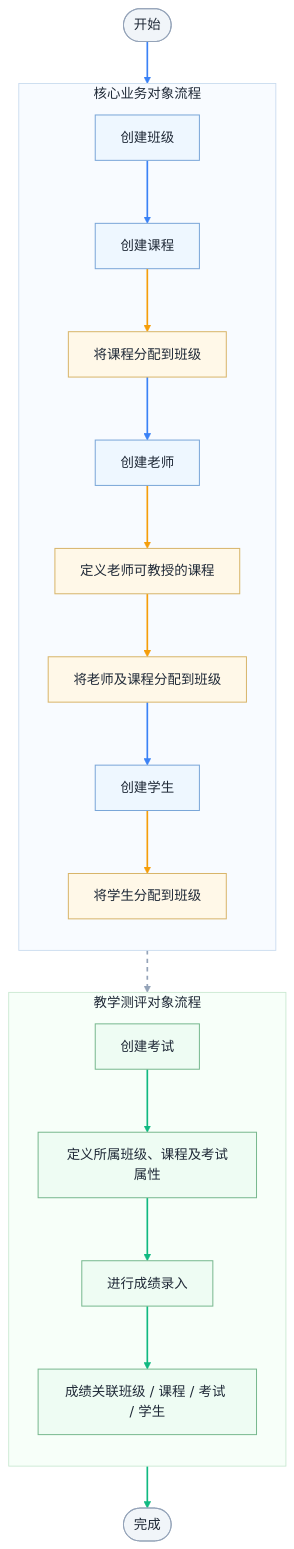
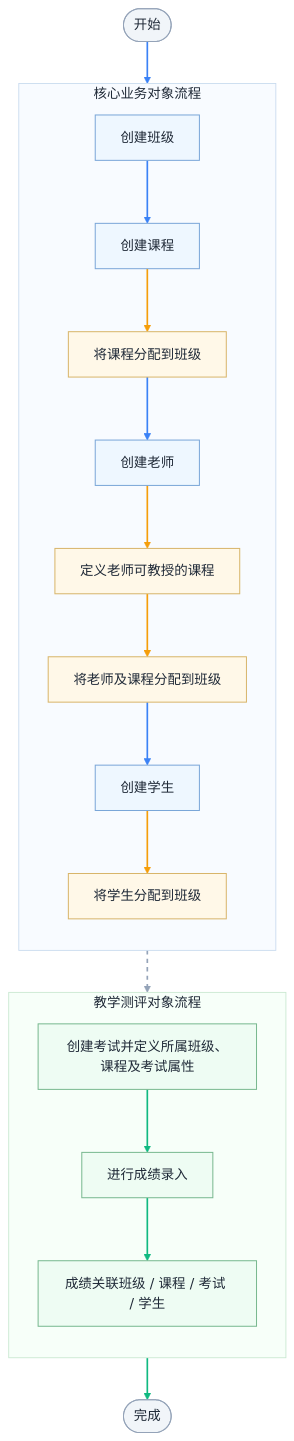
One commit to AliveverCom/product-example-school-managment changed the diagram in docs/business-flow-diagram.mmd. Above: the diagram before and after it, drawn with Mermaid. The commit also changed 5 other files, not shown here.

```diff
--- a/docs/business-flow-diagram.mmd
+++ b/docs/business-flow-diagram.mmd
@@ -1,57 +1,55 @@
 %%{init: {"theme": "base", "themeVariables": {"background": "#ffffff", "primaryColor": "#ffffff", "secondaryColor": "#ffffff", "tertiaryColor": "#ffffff", "primaryTextColor": "#1f2937", "lineColor": "#64748b", "fontFamily": "PingFang SC, Microsoft YaHei, sans-serif"}}}%%
 flowchart TD
     start([开始])
 
     subgraph coreFlow[核心业务对象流程]
         direction TB
         A[创建班级]
         B[创建课程]
         C[将课程分配到班级]
         D[创建老师]
         E[定义老师可教授的课程]
         F[将老师及课程分配到班级]
         G[创建学生]
         H[将学生分配到班级]
     end
 
     subgraph teachingFlow[教学测评对象流程]
         direction TB
-        I[创建考试]
-        J[定义所属班级、课程及考试属性]
-        K[进行成绩录入]
-        L[成绩关联班级 / 课程 / 考试 / 学生]
+        I[创建考试并定义所属班级、课程及考试属性]
+        J[进行成绩录入]
+        K[成绩关联班级 / 课程 / 考试 / 学生]
     end
 
     finish([完成])
 
     start --> A
     A --> B
     B --> C
     C --> D
     D --> E
     E --> F
     F --> G
     G --> H
     H --> I
     I --> J
     J --> K
-    K --> L
-    L --> finish
+    K --> finish
 
     classDef coreNode fill:#eef7ff,stroke:#7aa6d8,stroke-width:1.2px,color:#1f2937;
     classDef mappingNode fill:#fff8e8,stroke:#d8b56a,stroke-width:1.2px,color:#1f2937;
     classDef teachingNode fill:#eefcf3,stroke:#78b88f,stroke-width:1.2px,color:#1f2937;
     classDef termNode fill:#f1f5f9,stroke:#94a3b8,stroke-width:1.2px,color:#1f2937;
 
     class A,B,D,G coreNode;
     class C,E,F,H mappingNode;
-    class I,J,K,L teachingNode;
+    class I,J,K teachingNode;
     class start,finish termNode;
 
     linkStyle 0,1,3,6 stroke:#3b82f6,stroke-width:2px;
     linkStyle 2,4,5,7 stroke:#f59e0b,stroke-width:2px;
     linkStyle 8 stroke:#94a3b8,stroke-width:2px,stroke-dasharray:5 5;
-    linkStyle 9,10,11,12 stroke:#10b981,stroke-width:2px;
+    linkStyle 9,10,11 stroke:#10b981,stroke-width:2px;
 
     style coreFlow fill:#f8fbff,stroke:#c7d9ee,stroke-width:1px,color:#1f2937;
     style teachingFlow fill:#f7fff9,stroke:#c7e7cf,stroke-width:1px,color:#1f2937;
```
